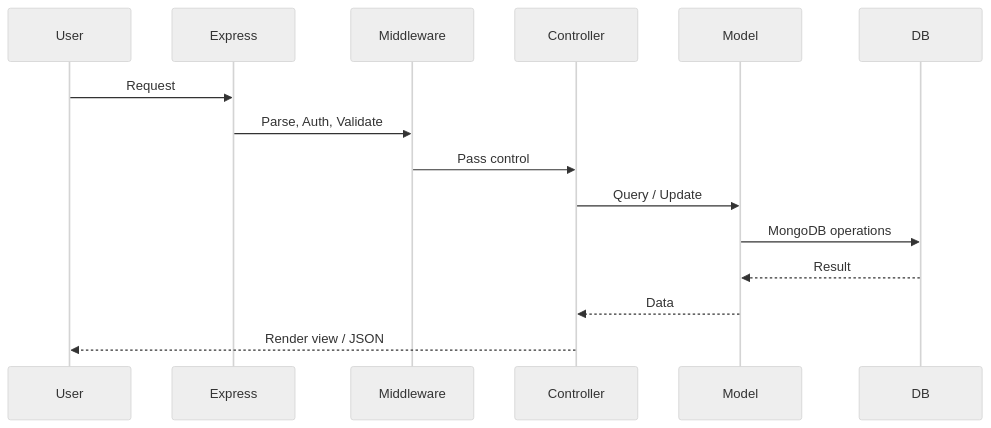
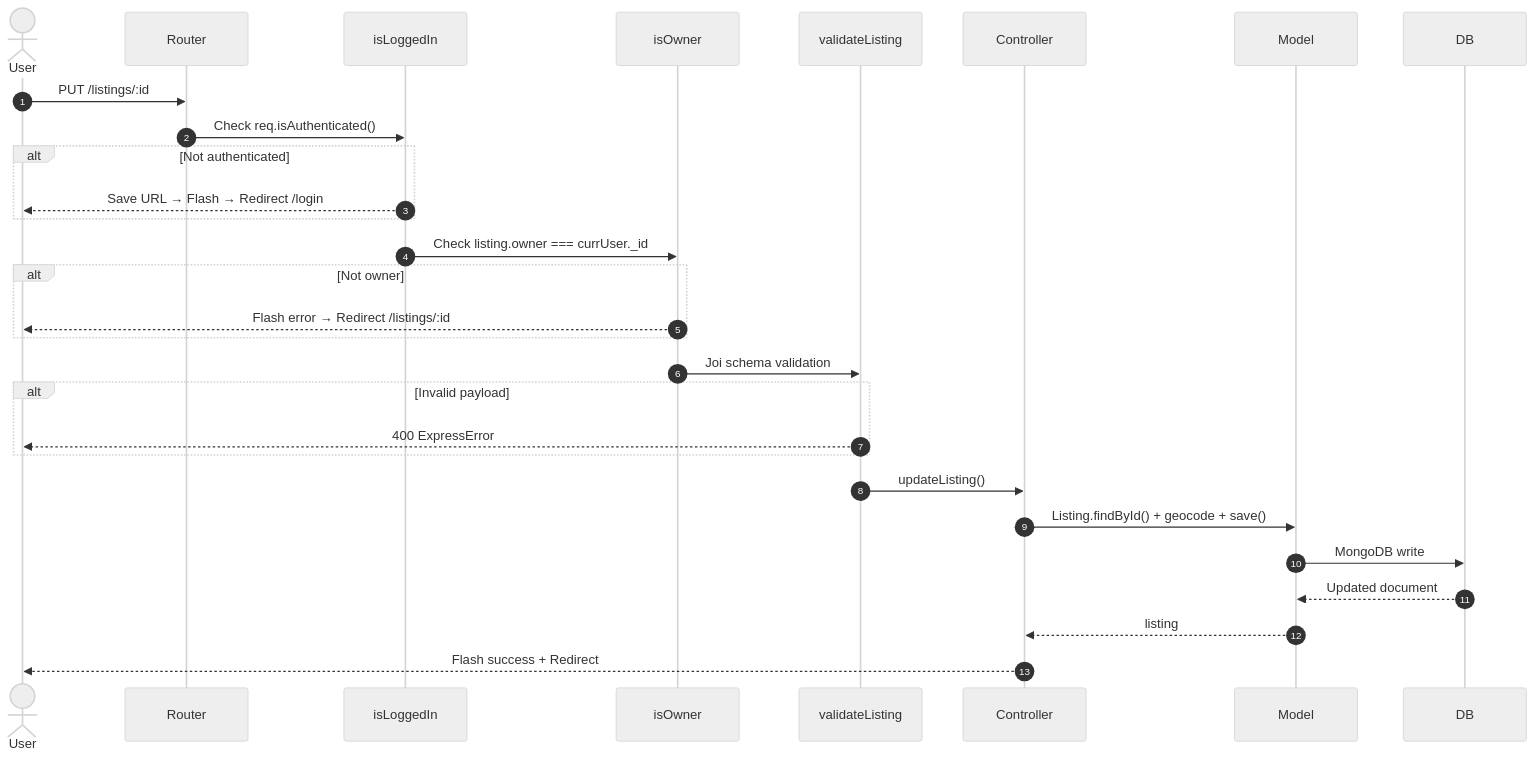
One commit to rajayush6200/rajspace changed the third of 5 diagrams in README.md. Above: the diagram before and after it, drawn with Mermaid (neutral theme). The commit also changed other lines of this file, not shown here.

````diff
--- a/README.md
+++ b/README.md
@@ -206,18 +382,32 @@
 ```mermaid
 sequenceDiagram
-    participant User
-    participant Express
-    participant Middleware
+    autonumber
+    actor User
+    participant Router
+    participant isLoggedIn
+    participant isOwner
+    participant validateListing
     participant Controller
     participant Model
     participant DB
 
-    User->>Express: Request
-    Express->>Middleware: Parse, Auth, Validate
-    Middleware->>Controller: Pass control
-    Controller->>Model: Query / Update
-    Model->>DB: MongoDB operations
-    DB-->>Model: Result
-    Model-->>Controller: Data
-    Controller-->>User: Render view / JSON
+    User->>Router: PUT /listings/:id
+    Router->>isLoggedIn: Check req.isAuthenticated()
+    alt Not authenticated
+        isLoggedIn-->>User: Save URL → Flash → Redirect /login
+    end
+    isLoggedIn->>isOwner: Check listing.owner === currUser._id
+    alt Not owner
+        isOwner-->>User: Flash error → Redirect /listings/:id
+    end
+    isOwner->>validateListing: Joi schema validation
+    alt Invalid payload
+        validateListing-->>User: 400 ExpressError
+    end
+    validateListing->>Controller: updateListing()
+    Controller->>Model: Listing.findById() + geocode + save()
+    Model->>DB: MongoDB write
+    DB-->>Model: Updated document
+    Model-->>Controller: listing
+    Controller-->>User: Flash success + Redirect
 ```
````
